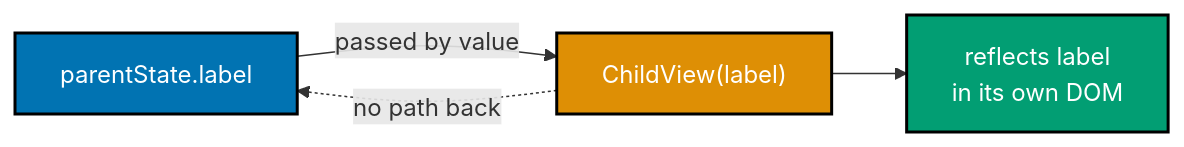
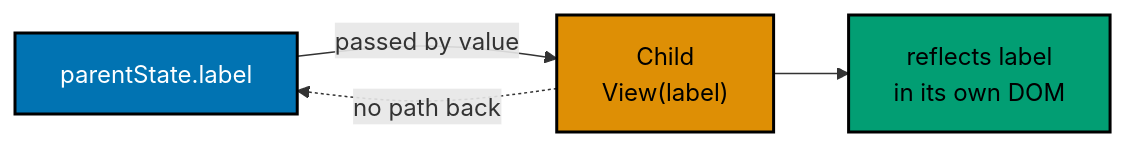
Diagram 13 of 14 in apps/ayokoding-www/content/en/learn/courses/frontend-essentials/learning/intermediate.md (wahidyankf/ose-public), drawn with Mermaid before and after one commit. The commit also changed other lines of this file and 144 other files, not shown here.

First line of the commit message:
fix(mermaid): bring the first half of the courses diagrams onto the accessible palette

````diff
--- a/apps/ayokoding-www/content/en/learn/courses/frontend-essentials/learning/intermediate.md
+++ b/apps/ayokoding-www/content/en/learn/courses/frontend-essentials/learning/intermediate.md
@@ -1403,11 +1436,14 @@
 ```mermaid
 %% Color Palette: Blue #0173B2, Orange #DE8F05, Teal #029E73
 flowchart LR
-    A["parentState.label"]:::blue -->|passed by value| B["ChildView#40;label#41;"]:::orange
+    accTitle: Example 47: One-Way Data Flow
+    accDescr: Flowchart with 3 nodes and 2 connections. Nodes: parentState.label, Child View40label41, reflects label in its own DOM. Connections: parentState.label to Child View40label41 (passed by value), Child View40label41 to reflects label in its own DOM.
+    A["parentState.label"]:::blue -->|passed by value| B["Child<br/>View#40;label#41;"]:::orange
     B -.no path back.-> A
     B --> C["reflects label<br/>in its own DOM"]:::teal
 
     classDef blue fill:#0173B2,stroke:#000000,color:#FFFFFF,stroke-width:2px
-    classDef orange fill:#DE8F05,stroke:#000000,color:#FFFFFF,stroke-width:2px
-    classDef teal fill:#029E73,stroke:#000000,color:#FFFFFF,stroke-width:2px
+    classDef orange fill:#DE8F05,stroke:#000000,color:#000000,stroke-width:2px
+    classDef teal fill:#029E73,stroke:#000000,color:#000000,stroke-width:2px
+    classDef default fill:#FFFFFF,stroke:#000000,color:#000000
 ```
````
